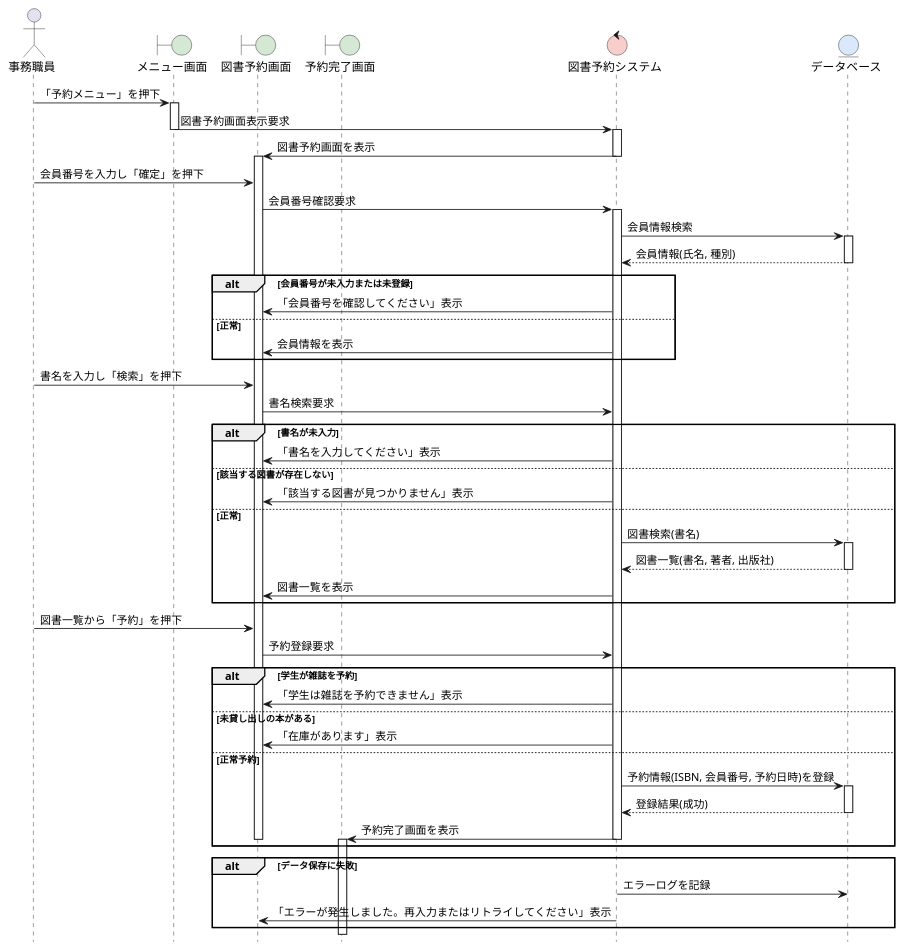
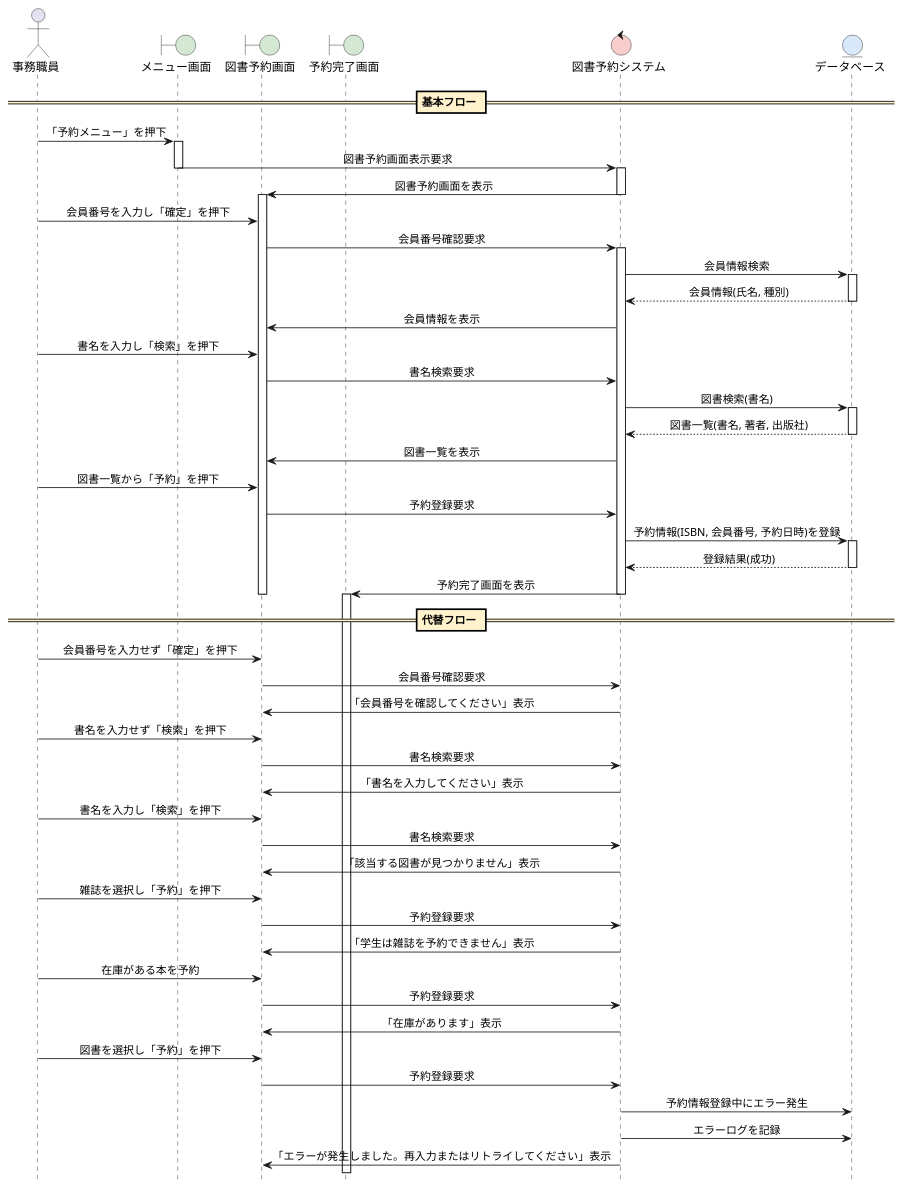
The diagram in kouka2_library/sequence_01_reserve.pu (ghbuser12/ohara_uml), drawn with PlantUML before and after one commit.

```diff
--- a/kouka2_library/sequence_01_reserve.pu
+++ b/kouka2_library/sequence_01_reserve.pu
@@ -1,78 +1,91 @@
 @startuml 図書予約シーケンス図
 hide footbox
+skinparam sequenceDividerBackgroundColor #FFF2CC
 skinparam boundaryBackgroundColor #D5E8D4
 skinparam controlBackgroundColor  #F8CECC
 skinparam entityBackgroundColor   #DAE8FC
+skinparam sequenceMessageAlign center
 
 actor 事務職員 as A
 boundary メニュー画面 as B1
 boundary 図書予約画面 as B2
 boundary 予約完了画面 as B3
 control 図書予約システム as C1
 entity データベース as E
 
-' 基本フロー
+
+== 基本フロー ==
+
 A -> B1: 「予約メニュー」を押下
 activate B1
-
 B1 -> C1: 図書予約画面表示要求
 deactivate B1
 activate C1
 C1 -> B2: 図書予約画面を表示
 deactivate C1
 activate B2
 
 A -> B2: 会員番号を入力し「確定」を押下
 B2 -> C1: 会員番号確認要求
 activate C1
 C1 -> E: 会員情報検索
 activate E
 E --> C1: 会員情報(氏名, 種別)
 deactivate E
-
-alt 会員番号が未入力または未登録
-  C1 -> B2: 「会員番号を確認してください」表示
-else 正常
-  C1 -> B2: 会員情報を表示
-end
+C1 -> B2: 会員情報を表示
 
 A -> B2: 書名を入力し「検索」を押下
 B2 -> C1: 書名検索要求
-
-alt 書名が未入力
-  C1 -> B2: 「書名を入力してください」表示
-else 該当する図書が存在しない
-  C1 -> B2: 「該当する図書が見つかりません」表示
-else 正常
-  C1 -> E: 図書検索(書名)
-  activate E
-  E --> C1: 図書一覧(書名, 著者, 出版社)
-  deactivate E
-  C1 -> B2: 図書一覧を表示
-end
+C1 -> E: 図書検索(書名)
+activate E
+E --> C1: 図書一覧(書名, 著者, 出版社)
+deactivate E
+C1 -> B2: 図書一覧を表示
 
 A -> B2: 図書一覧から「予約」を押下
 B2 -> C1: 予約登録要求
+C1 -> E: 予約情報(ISBN, 会員番号, 予約日時)を登録
+activate E
+E --> C1: 登録結果(成功)
+deactivate E
+C1 -> B3: 予約完了画面を表示
+deactivate C1
+deactivate B2
+activate B3
 
-alt 学生が雑誌を予約
-  C1 -> B2: 「学生は雑誌を予約できません」表示
-else 未貸し出しの本がある
-  C1 -> B2: 「在庫があります」表示
-else 正常予約
-  C1 -> E: 予約情報(ISBN, 会員番号, 予約日時)を登録
-  activate E
-  E --> C1: 登録結果(成功)
-  deactivate E
-  C1 -> B3: 予約完了画面を表示
-  deactivate C1
-  deactivate B2
-  activate B3
-end
 
-' 例外フロー
-alt データ保存に失敗
-  C1 -> E: エラーログを記録
-  C1 -> B2: 「エラーが発生しました。再入力またはリトライしてください」表示
-end
+== 代替フロー ==
+
+' --- 会員番号未入力 or 未登録 ---
+A -> B2: 会員番号を入力せず「確定」を押下
+B2 -> C1: 会員番号確認要求
+C1 -> B2: 「会員番号を確認してください」表示
+
+' --- 書名未入力 ---
+A -> B2: 書名を入力せず「検索」を押下
+B2 -> C1: 書名検索要求
+C1 -> B2: 「書名を入力してください」表示
+
+' --- 該当図書なし ---
+A -> B2: 書名を入力し「検索」を押下
+B2 -> C1: 書名検索要求
+C1 -> B2: 「該当する図書が見つかりません」表示
+
+' --- 学生が雑誌を予約 ---
+A -> B2: 雑誌を選択し「予約」を押下
+B2 -> C1: 予約登録要求
+C1 -> B2: 「学生は雑誌を予約できません」表示
+
+' --- 未貸出本がある ---
+A -> B2: 在庫がある本を予約
+B2 -> C1: 予約登録要求
+C1 -> B2: 「在庫があります」表示
+
+' --- データ保存失敗 ---
+A -> B2: 図書を選択し「予約」を押下
+B2 -> C1: 予約登録要求
+C1 -> E: 予約情報登録中にエラー発生
+C1 -> E: エラーログを記録
+C1 -> B2: 「エラーが発生しました。再入力またはリトライしてください」表示
 
 @enduml
```
